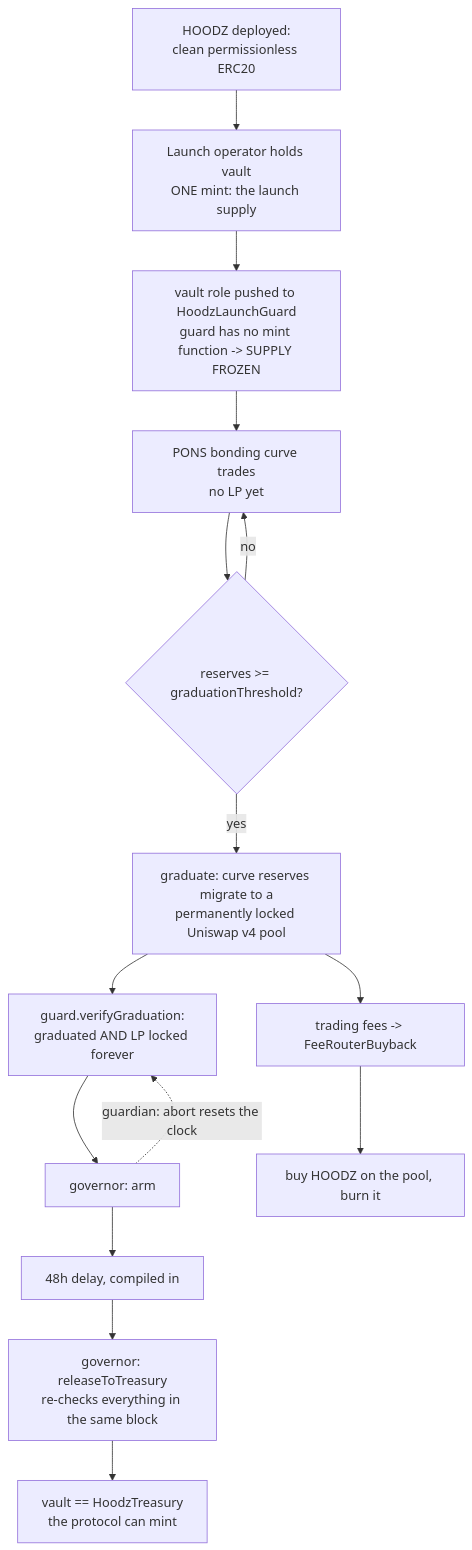
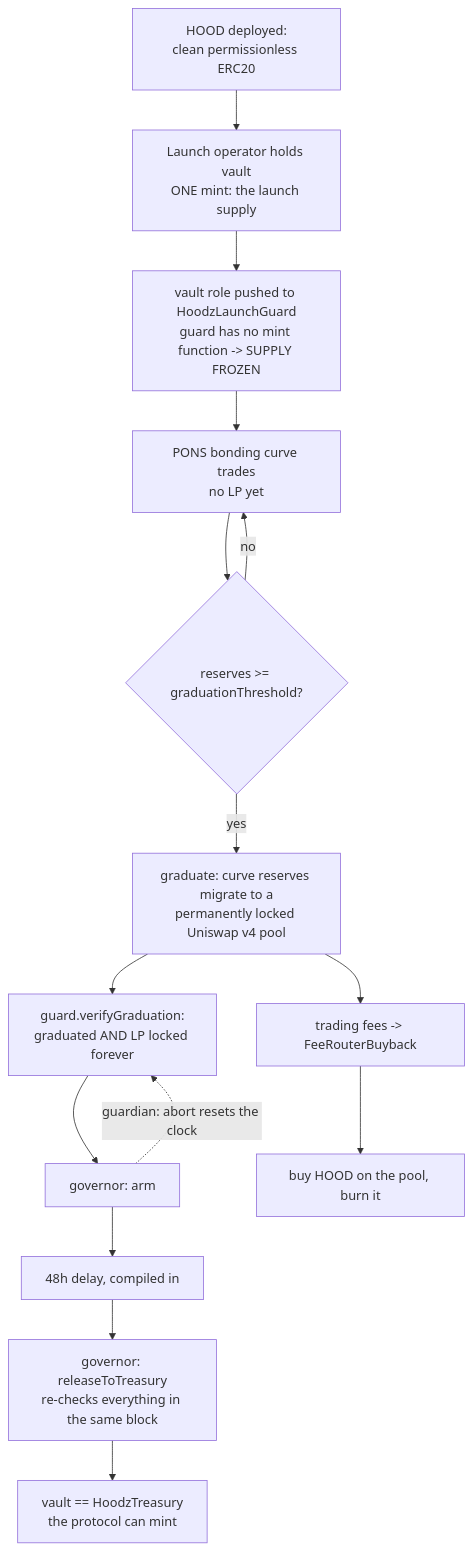
The ninth of 10 diagrams in docs/PROTOCOL.md (averageballer13/Hoodz), drawn with Mermaid before and after one commit. The commit also changed other lines of this file and 109 other files, not shown here.

````diff
--- a/docs/PROTOCOL.md
+++ b/docs/PROTOCOL.md
@@ -777,17 +777,17 @@
 ```mermaid
 flowchart TD
-    A["HOODZ deployed:<br/>clean permissionless ERC20"] --> B["Launch operator holds vault<br/>ONE mint: the launch supply"]
+    A["HOOD deployed:<br/>clean permissionless ERC20"] --> B["Launch operator holds vault<br/>ONE mint: the launch supply"]
     B --> C["vault role pushed to HoodzLaunchGuard<br/>guard has no mint function -> SUPPLY FROZEN"]
     C --> D["PONS bonding curve trades<br/>no LP yet"]
     D --> E{"reserves >= graduationThreshold?"}
     E -- no --> D
     E -- yes --> F["graduate: curve reserves migrate to a<br/>permanently locked Uniswap v4 pool"]
     F --> G["guard.verifyGraduation:<br/>graduated AND LP locked forever"]
     G --> H["governor: arm"]
     H --> I["48h delay, compiled in"]
     I --> J["governor: releaseToTreasury<br/>re-checks everything in the same block"]
     J --> K["vault == HoodzTreasury<br/>the protocol can mint"]
     F --> L["trading fees -> FeeRouterBuyback"]
-    L --> M["buy HOODZ on the pool, burn it"]
+    L --> M["buy HOOD on the pool, burn it"]
     H -.->|"guardian: abort resets the clock"| G
 ```
````
